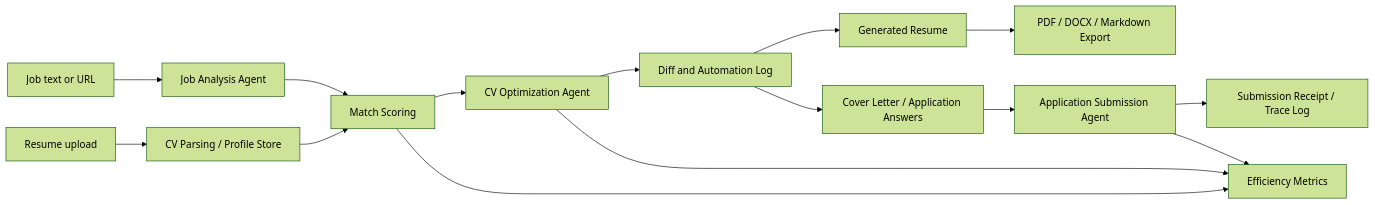
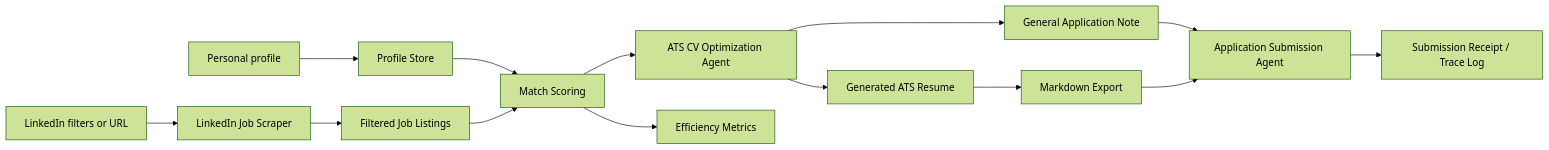
The diagram in ARCHITECTURE.md (MrcDprm/quick-career-), drawn with Mermaid (forest theme) before and after one commit. The commit also changed other lines of this file and 19 other files, not shown here.

````diff
--- a/ARCHITECTURE.md
+++ b/ARCHITECTURE.md
@@ -25,17 +25,16 @@
 ```mermaid
 flowchart LR
-    A["Job text or URL"] --> B["Job Analysis Agent"]
-    C["Resume upload"] --> D["CV Parsing / Profile Store"]
-    B --> E["Match Scoring"]
-    D --> E
-    E --> F["CV Optimization Agent"]
-    F --> G["Diff and Automation Log"]
-    G --> H["Generated Resume"]
-    G --> I["Cover Letter / Application Answers"]
-    H --> J["PDF / DOCX / Markdown Export"]
+    A["Personal profile"] --> B["Profile Store"]
+    C["LinkedIn filters or URL"] --> D["LinkedIn Job Scraper"]
+    D --> E["Filtered Job Listings"]
+    B --> F["Match Scoring"]
+    E --> F
+    F --> G["ATS CV Optimization Agent"]
+    G --> H["Generated ATS Resume"]
+    G --> I["General Application Note"]
+    H --> J["Markdown Export"]
     I --> K["Application Submission Agent"]
+    J --> K
     K --> L["Submission Receipt / Trace Log"]
-    E --> M["Efficiency Metrics"]
-    F --> M
-    K --> M
+    F --> M["Efficiency Metrics"]
 ```
````
